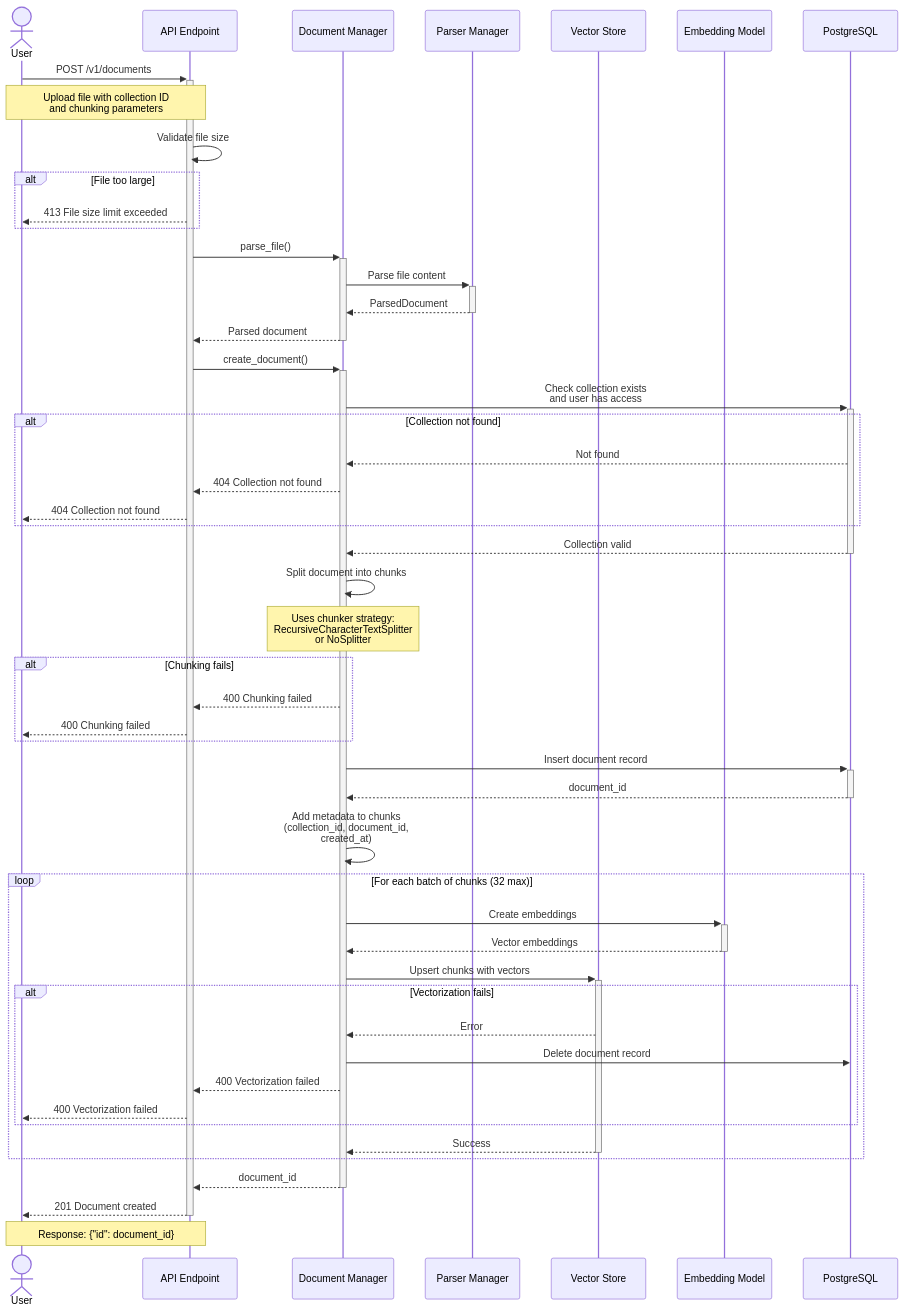
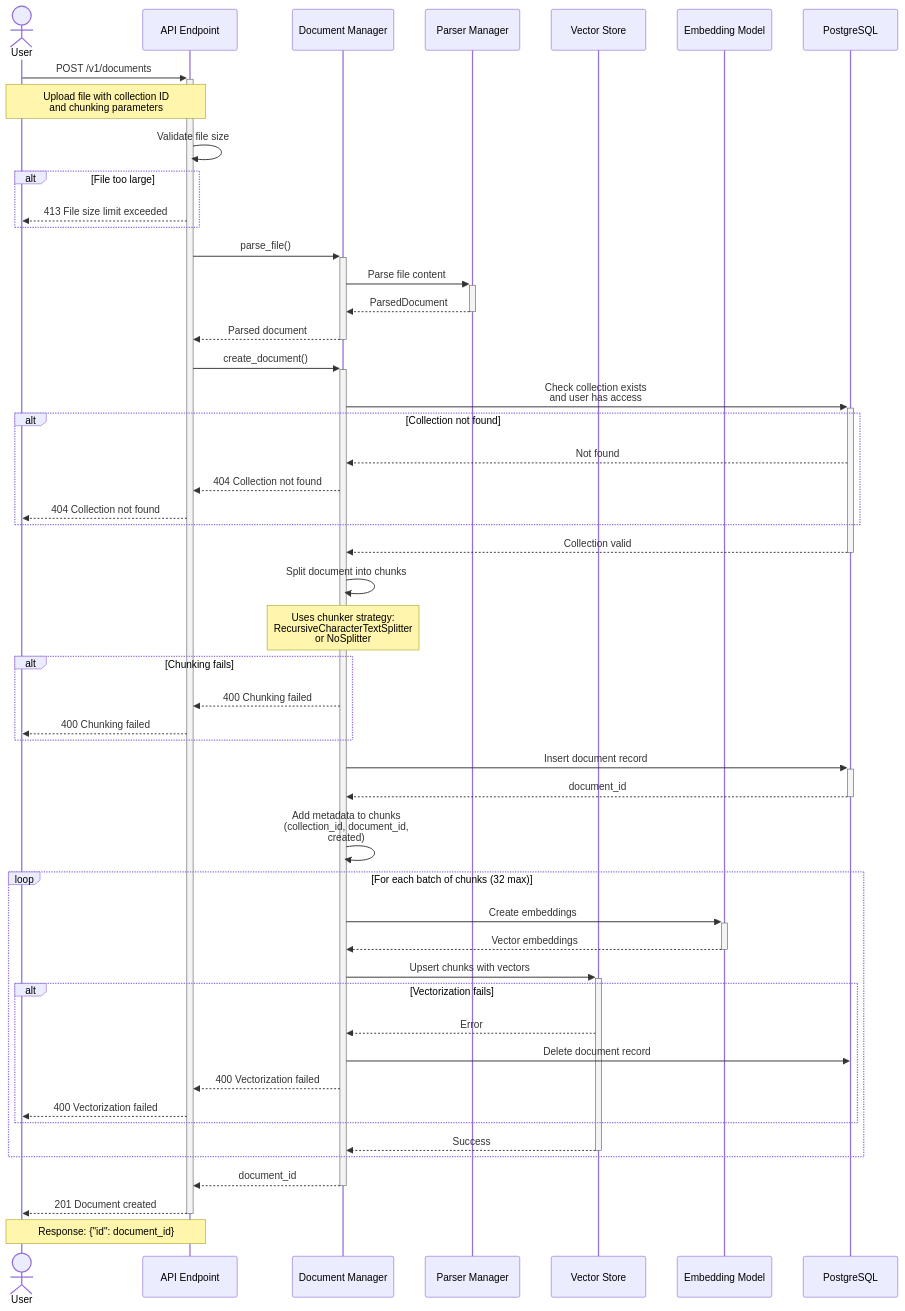
One commit to etalab-ia/OpenGateLLM changed the third of 3 diagrams in docs/docs/functionalities/document-management/index.md. Above: the diagram before and after it, drawn with Mermaid. The commit also changed 121 other files, not shown here.

````diff
--- a/docs/docs/functionalities/document-management/index.md
+++ b/docs/docs/functionalities/document-management/index.md
@@ -76,64 +76,64 @@
 ```mermaid
 sequenceDiagram
     actor User
     participant API as API Endpoint
     participant DM as Document Manager
     participant PM as Parser Manager
     participant VS as Vector Store
     participant EM as Embedding Model
     participant DB as PostgreSQL
     
     User->>+API: POST /v1/documents
     Note over User,API: Upload file with collection ID<br/>and chunking parameters
     
     API->>API: Validate file size
     alt File too large
         API-->>User: 413 File size limit exceeded
     end
     
     API->>+DM: parse_file()
     DM->>+PM: Parse file content
     PM-->>-DM: ParsedDocument
     DM-->>-API: Parsed document
     
     API->>+DM: create_document()
     
     DM->>+DB: Check collection exists<br/>and user has access
     alt Collection not found
         DB-->>DM: Not found
         DM-->>API: 404 Collection not found
         API-->>User: 404 Collection not found
     end
     DB-->>-DM: Collection valid
     
     DM->>DM: Split document into chunks
     Note over DM: Uses chunker strategy:<br/>RecursiveCharacterTextSplitter<br/>or NoSplitter
     
     alt Chunking fails
         DM-->>API: 400 Chunking failed
         API-->>User: 400 Chunking failed
     end
     
     DM->>+DB: Insert document record
     DB-->>-DM: document_id
     
-    DM->>DM: Add metadata to chunks<br/>(collection_id, document_id,<br/>created_at)
+    DM->>DM: Add metadata to chunks<br/>(collection_id, document_id,<br/>created)
     
     loop For each batch of chunks (32 max)
         DM->>+EM: Create embeddings
         EM-->>-DM: Vector embeddings
         
         DM->>+VS: Upsert chunks with vectors
         alt Vectorization fails
             VS-->>DM: Error
             DM->>DB: Delete document record
             DM-->>API: 400 Vectorization failed
             API-->>User: 400 Vectorization failed
         end
         VS-->>-DM: Success
     end
     
     DM-->>-API: document_id
     API-->>-User: 201 Document created
     Note over User,API: Response: {"id": document_id}
 ```
````
